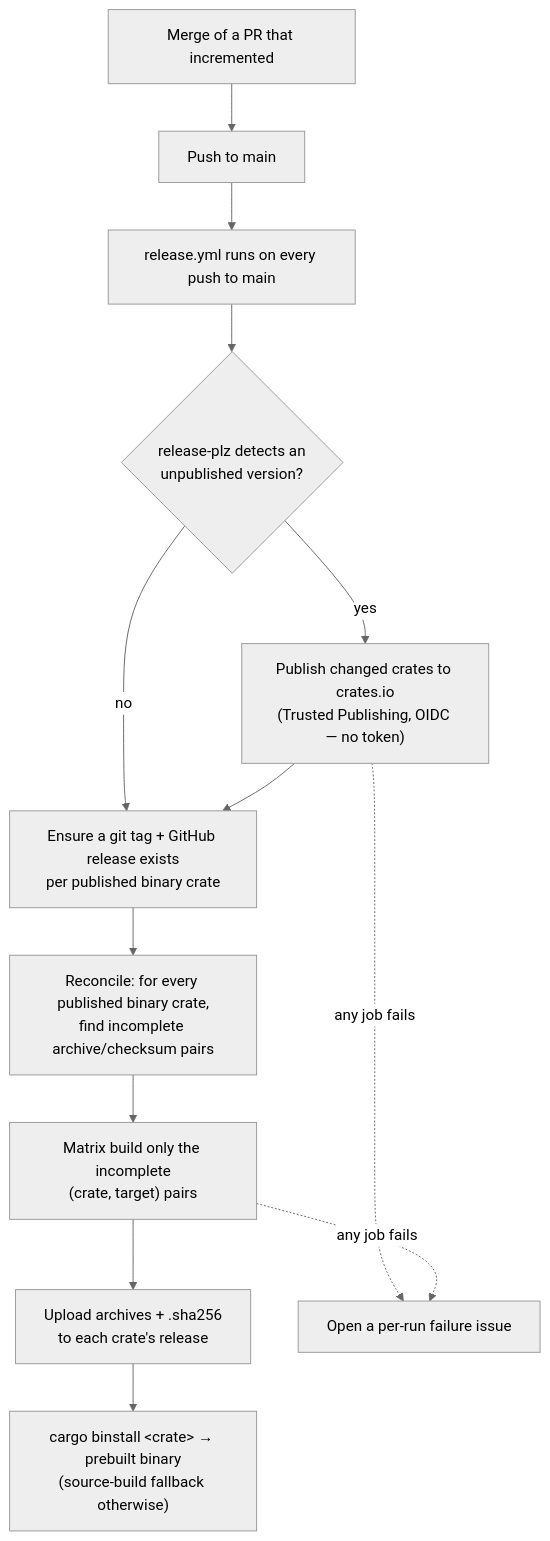
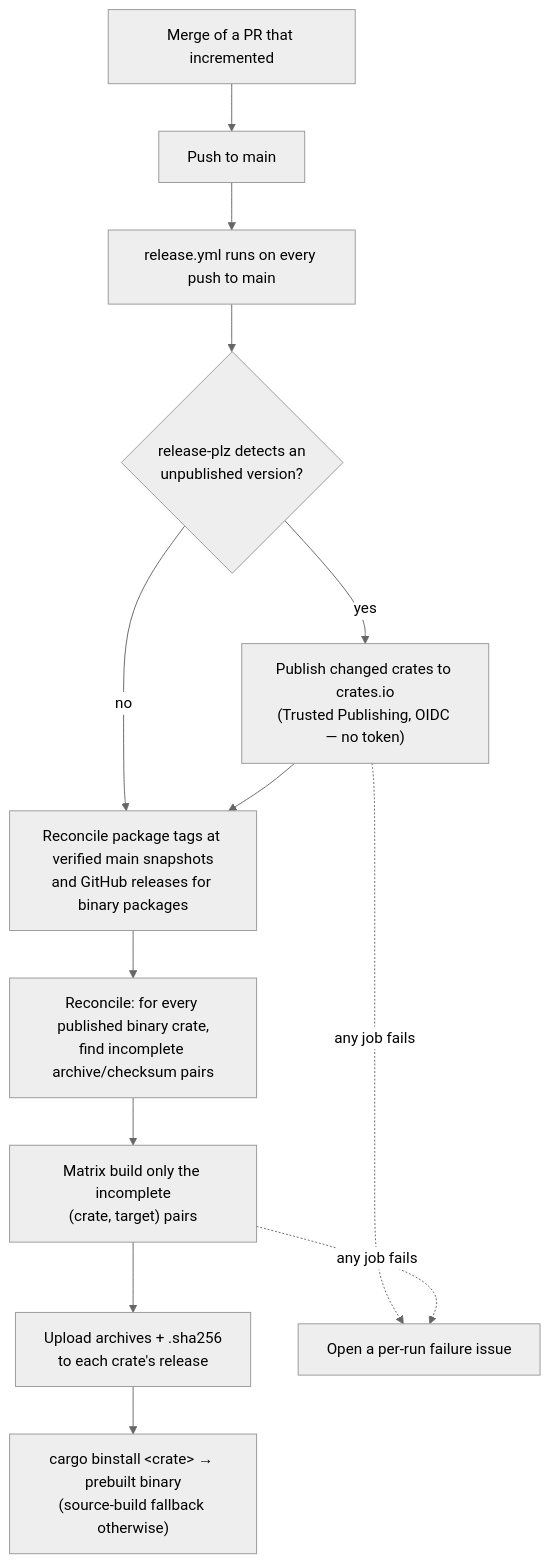
The diagram in docs/release-automation.md (sandersaares/folo), drawn with Mermaid (neutral theme) before and after one commit. The commit also changed other lines of this file and 39 other files, not shown here.

First line of the commit message:
CI: reconcile releases from equivalent main snapshots and speed up examples (#567)

````diff
--- a/docs/release-automation.md
+++ b/docs/release-automation.md
@@ -26,15 +26,15 @@
 ```mermaid
 flowchart TD
     A["Merge of a PR that incremented"] --> B["Push to main"]
     B --> C["release.yml runs on every push to main"]
     C --> D{"release-plz detects an<br/>unpublished version?"}
     D -- yes --> E["Publish changed crates to crates.io<br/>(Trusted Publishing, OIDC — no token)"]
     D -- no --> F
-    E --> F["Ensure a git tag + GitHub release exists<br/>per published binary crate"]
+    E --> F["Reconcile package tags at verified main snapshots<br/>and GitHub releases for binary packages"]
     F --> G["Reconcile: for every published binary crate,<br/>find incomplete archive/checksum pairs"]
     G --> H["Matrix build only the incomplete<br/>(crate, target) pairs"]
     H --> I["Upload archives + .sha256<br/>to each crate's release"]
     I --> J["cargo binstall &lt;crate&gt; → prebuilt binary<br/>(source-build fallback otherwise)"]
     E -. any job fails .-> K["Open a per-run failure issue"]
     H -. any job fails .-> K
 ```
````
